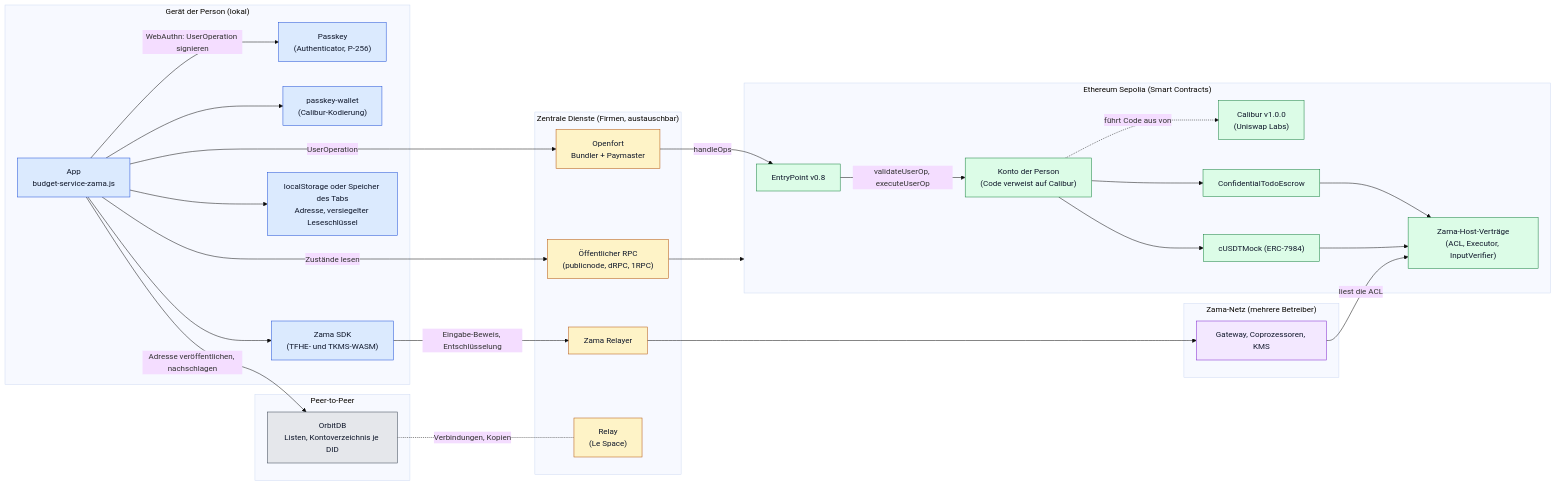
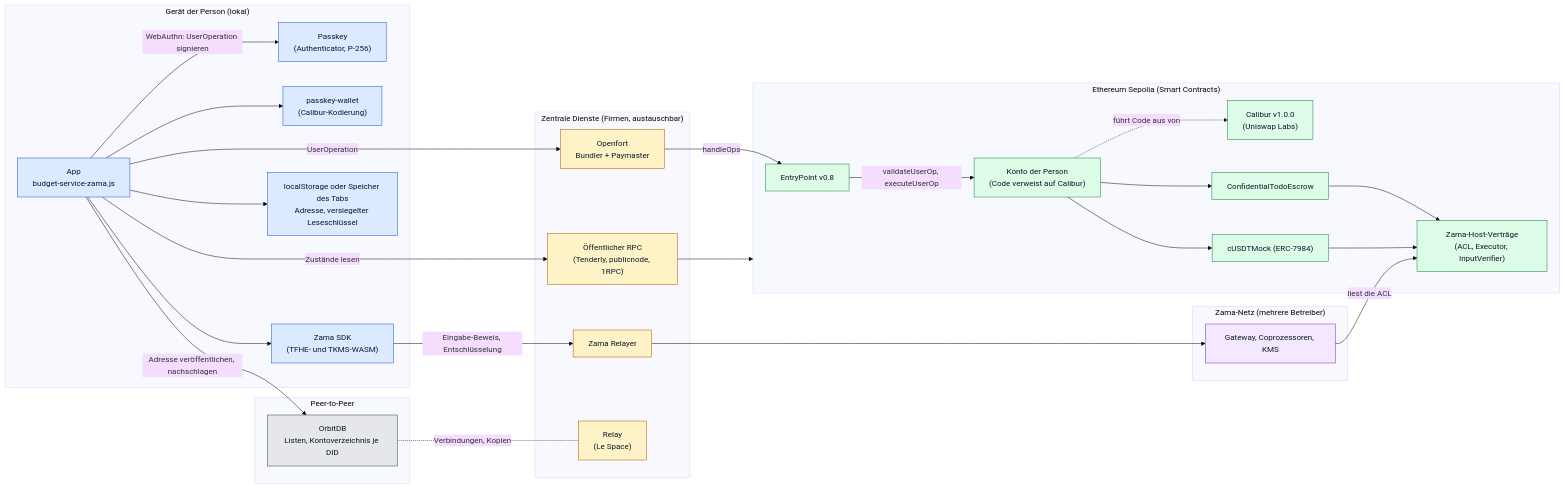
Before and after one commit to Le-Space/simple-todo: the first of 7 diagrams in apps/escrow01/docs/passkey-account.de.md, drawn with Mermaid (base theme). The commit also changed other lines of this file and 3 other files, not shown here.

````diff
--- a/apps/escrow01/docs/passkey-account.de.md
+++ b/apps/escrow01/docs/passkey-account.de.md
@@ -64,61 +64,61 @@
 ```mermaid
 flowchart LR
   subgraph Device["Gerät der Person (lokal)"]
     Authenticator["Passkey<br/>(Authenticator, P-256)"]
     App["App<br/>budget-service-zama.js"]
     Wallet["passkey-wallet<br/>(Calibur-Kodierung)"]
     SDK["Zama SDK<br/>(TFHE- und TKMS-WASM)"]
     Store["localStorage oder Speicher des Tabs<br/>Adresse, versiegelter Leseschlüssel"]
   end
   subgraph Central["Zentrale Dienste (Firmen, austauschbar)"]
     Openfort["Openfort<br/>Bundler + Paymaster"]
-    RPC["Öffentlicher RPC<br/>(publicnode, dRPC, 1RPC)"]
+    RPC["Öffentlicher RPC<br/>(Tenderly, publicnode, 1RPC)"]
     Relayer["Zama Relayer"]
     Relay["Relay<br/>(Le Space)"]
   end
   subgraph Sepolia["Ethereum Sepolia (Smart Contracts)"]
     EP["EntryPoint v0.8"]
     Account["Konto der Person<br/>(Code verweist auf Calibur)"]
     Calibur["Calibur v1.0.0<br/>(Uniswap Labs)"]
     Escrow["ConfidentialTodoEscrow"]
     Token["cUSDTMock (ERC-7984)"]
     Host["Zama-Host-Verträge<br/>(ACL, Executor, InputVerifier)"]
   end
   subgraph ZamaNet["Zama-Netz (mehrere Betreiber)"]
     Gateway["Gateway, Coprozessoren, KMS"]
   end
   subgraph P2P["Peer-to-Peer"]
     OrbitDB["OrbitDB<br/>Listen, Kontoverzeichnis je DID"]
   end
 
   App -- "WebAuthn: UserOperation signieren" --> Authenticator
   App --> Wallet
   App --> SDK
   App --> Store
   App -- "UserOperation" --> Openfort
   App -- "Zustände lesen" --> RPC
   RPC --> Sepolia
   Openfort -- "handleOps" --> EP
   EP -- "validateUserOp, executeUserOp" --> Account
   Account -. "führt Code aus von" .-> Calibur
   Account --> Escrow
   Account --> Token
   Escrow --> Host
   Token --> Host
   SDK -- "Eingabe-Beweis, Entschlüsselung" --> Relayer
   Relayer --> Gateway
   Gateway -- "liest die ACL" --> Host
   App -- "Adresse veröffentlichen, nachschlagen" --> OrbitDB
   OrbitDB -. "Verbindungen, Kopien" .- Relay
 
   classDef lokal fill:#dbeafe,stroke:#1d4ed8,color:#0f172a
   classDef zentral fill:#fef3c7,stroke:#b45309,color:#0f172a
   classDef chain fill:#dcfce7,stroke:#15803d,color:#0f172a
   classDef netz fill:#f3e8ff,stroke:#7e22ce,color:#0f172a
   classDef p2p fill:#e5e7eb,stroke:#374151,color:#0f172a
   class Authenticator,App,Wallet,SDK,Store lokal
   class Openfort,RPC,Relayer,Relay zentral
   class EP,Account,Calibur,Escrow,Token,Host chain
   class Gateway netz
   class OrbitDB p2p
 ```
````
